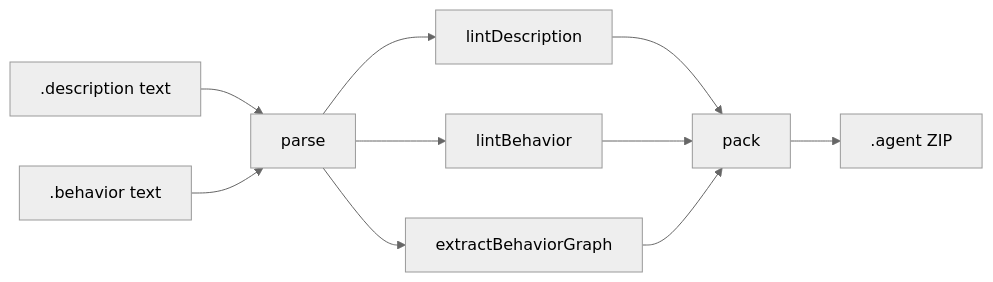
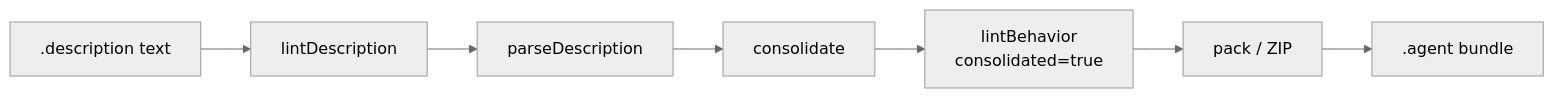
Before and after one commit to dot-agent-spec/platform: the diagram in packages/compiler/docs/concepts/pipeline.md, drawn with Mermaid (neutral theme). The commit also changed other lines of this file and 7 other files, not shown here.

````diff
--- a/packages/compiler/docs/concepts/pipeline.md
+++ b/packages/compiler/docs/concepts/pipeline.md
@@ -9,12 +9,9 @@
 ```mermaid
 graph LR
-    A[".description text"] --> B[parse]
-    C[".behavior text"] --> B
-    B --> D[lintDescription]
-    B --> E[lintBehavior]
-    B --> F[extractBehaviorGraph]
-    D --> G[pack]
-    E --> G
-    F --> G
-    G --> H[".agent ZIP"]
+    A[".description text"] --> B[lintDescription]
+    B --> C[parseDescription]
+    C --> D[consolidate]
+    D --> E[lintBehavior\nconsolidated=true]
+    E --> F[pack / ZIP]
+    F --> G[".agent bundle"]
 ```
````
